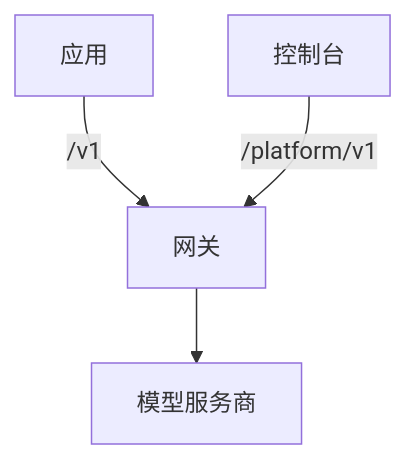
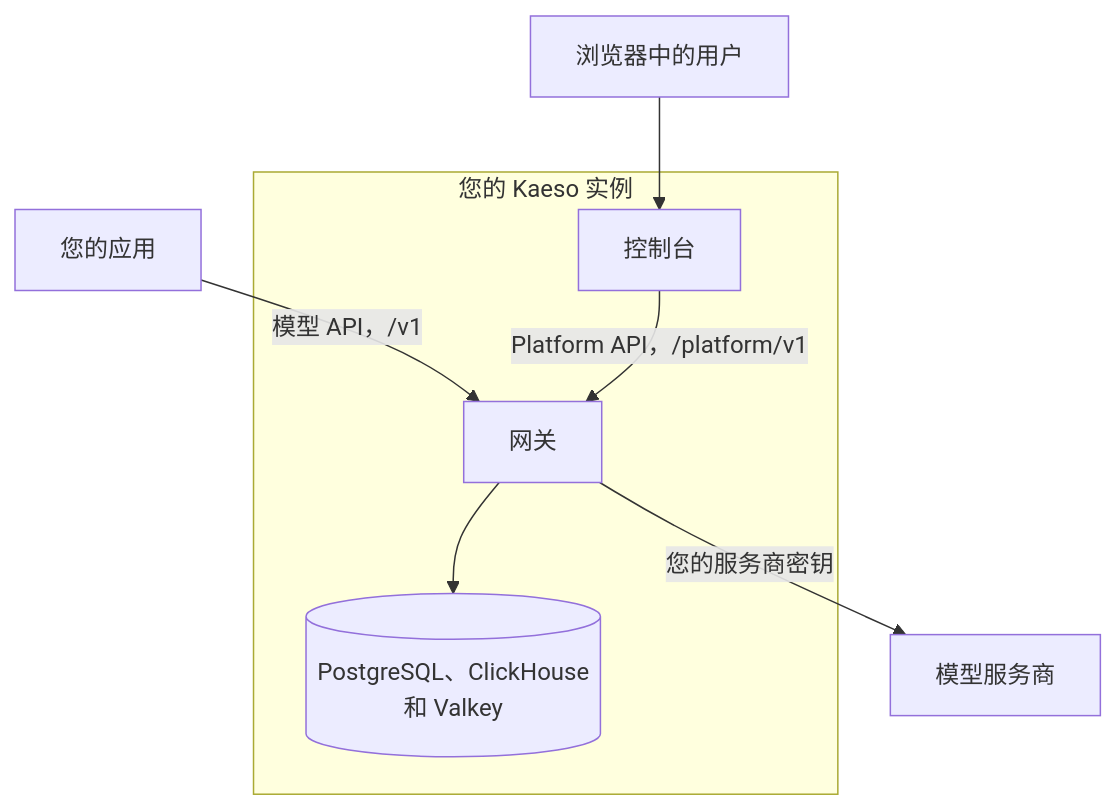
Before and after one commit to logicplanes/kaeso: the diagram in apps/docs/content/zh-CN/index.md, drawn with Mermaid. The commit also changed 59 other files, not shown here.

First line of the commit message:
Redraw the introduction's and concept pages' diagrams so each tells its story at a glance

````diff
--- a/apps/docs/content/zh-CN/index.md
+++ b/apps/docs/content/zh-CN/index.md
@@ -49,8 +49,18 @@
 ```mermaid
 flowchart TD
   accTitle: 各部分如何配合
-  accDescr: 应用通过 /v1 调用网关，控制台通过 /platform/v1 调用网关；网关调用模型服务商。
-  apps[应用] -- /v1 --> gateway[网关]
-  console[控制台] -- /platform/v1 --> gateway
-  gateway --> providers[模型服务商]
+  accDescr: 您的应用通过 /v1 调用网关的模型 API；用户使用控制台，控制台通过 /platform/v1 调用网关的 Platform API。网关把数据保存在您实例中的 PostgreSQL、ClickHouse 和 Valkey 里，并用您的服务商密钥调用模型服务商。
+  apps[您的应用]:::outside
+  people[浏览器中的用户]:::outside
+  subgraph install [您的 Kaeso 实例]
+    console[控制台]
+    gateway[网关]:::accent
+    stores[(PostgreSQL、ClickHouse<br>和 Valkey)]
+  end
+  providers[模型服务商]:::outside
+  people --> console
+  apps -- 模型 API，/v1 --> gateway
+  console -- Platform API，/platform/v1 --> gateway
+  gateway --> stores
+  gateway -- 您的服务商密钥 --> providers
 ```
````
